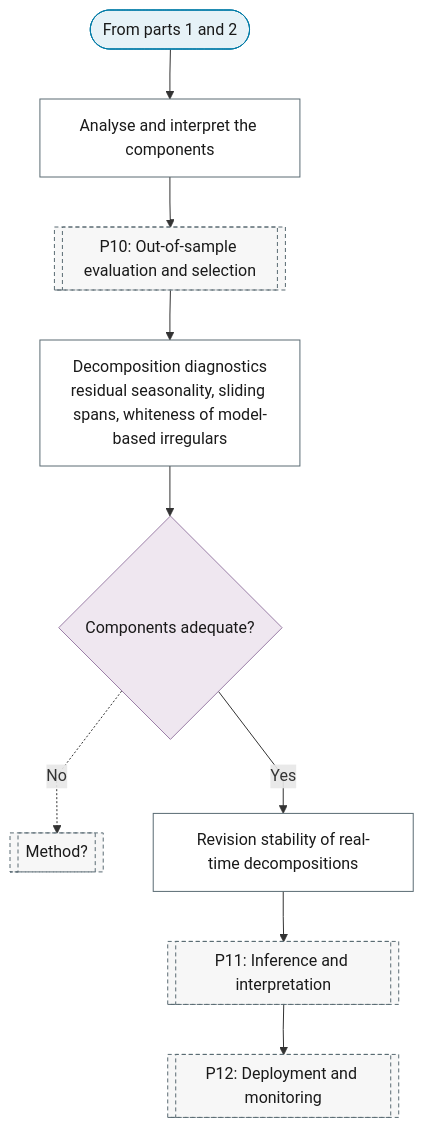
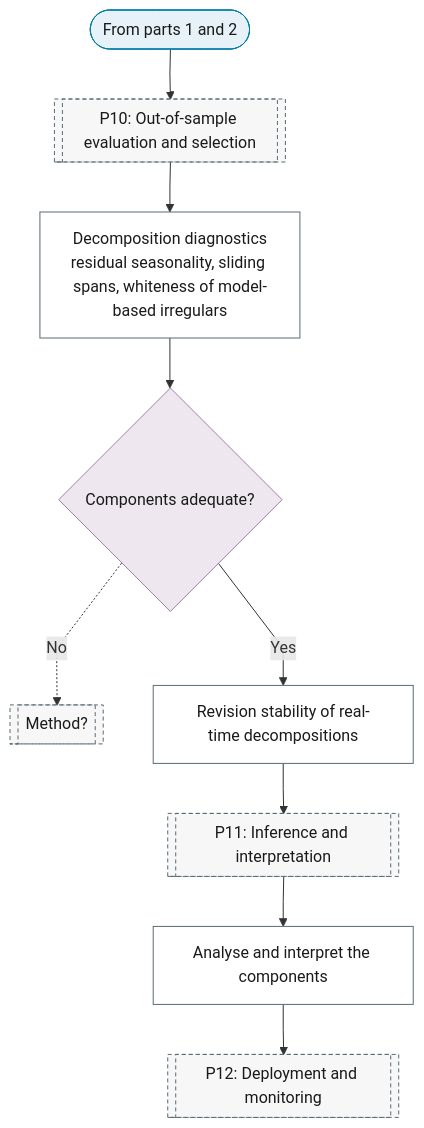
The third of 3 diagrams in docs/01-workflow/p00-purpose/06-decomposition.md (Shuxin-Y/time-series-analysis-manual), drawn with Mermaid before and after one commit. The commit also changed 20 other files, not shown here.

First line of the commit message:
fix(charts): one placement per purpose leaf; branch table; exits and labels

````diff
--- a/docs/01-workflow/p00-purpose/06-decomposition.md
+++ b/docs/01-workflow/p00-purpose/06-decomposition.md
@@ -72,24 +72,24 @@
 ```mermaid
 %%{init: {"flowchart": {"curve": "linear"}}}%%
 graph TD
-    P0_DC_PART_3_IN(["From parts 1 and 2"]) --> P0_DC_COMPONENT_ANALYSIS["Analyse and interpret the components"]
-    P0_DC_COMPONENT_ANALYSIS --> P10[["P10: Out-of-sample evaluation and selection"]]
+    P0_DC_PART_3_IN(["From parts 1 and 2"]) --> P10[["P10: Out-of-sample evaluation and selection"]]
     P10 --> P0_DC_DIAGNOSTICS["Decomposition diagnostics<br/>residual seasonality, sliding spans, whiteness of model-based irregulars"]
     P0_DC_DIAGNOSTICS --> P0_DC_ADEQUATE{"Components adequate?"}
     P0_DC_ADEQUATE -.->|"No"| P0_DC_METHOD[["Method?"]]
     P0_DC_ADEQUATE -->|"Yes"| P0_DC_REVISION["Revision stability of real-time decompositions"]
     P0_DC_REVISION --> P11[["P11: Inference and interpretation"]]
-    P11 --> P12[["P12: Deployment and monitoring"]]
+    P11 --> P0_DC_COMPONENT_ANALYSIS["Analyse and interpret the components"]
+    P0_DC_COMPONENT_ANALYSIS --> P12[["P12: Deployment and monitoring"]]
     class P0_DC_PART_3_IN terminator
     class P0_DC_ADEQUATE decision
     class P0_DC_COMPONENT_ANALYSIS,P0_DC_DIAGNOSTICS,P0_DC_REVISION process
     class P10,P0_DC_METHOD,P11,P12 ref
     classDef terminator fill:#E6F2F7,stroke:#007BA7,color:#1A1A1A;
     classDef process fill:#FFFFFF,stroke:#5A6B73,color:#1A1A1A;
     classDef decision fill:#EFE7F0,stroke:#9B7FA7,color:#1A1A1A;
     classDef data fill:#FFF4E0,stroke:#C9A55E,color:#1A1A1A;
     classDef good fill:#DCEFD8,stroke:#4A7A3F,color:#1A1A1A;
     classDef escalate fill:#FFE9C2,stroke:#C9A55E,color:#1A1A1A;
     classDef problem fill:#F2D9DE,stroke:#800020,color:#1A1A1A;
     classDef ref fill:#F7F7F7,stroke:#5A6B73,color:#1A1A1A,stroke-dasharray:4 3;
 ```
````
